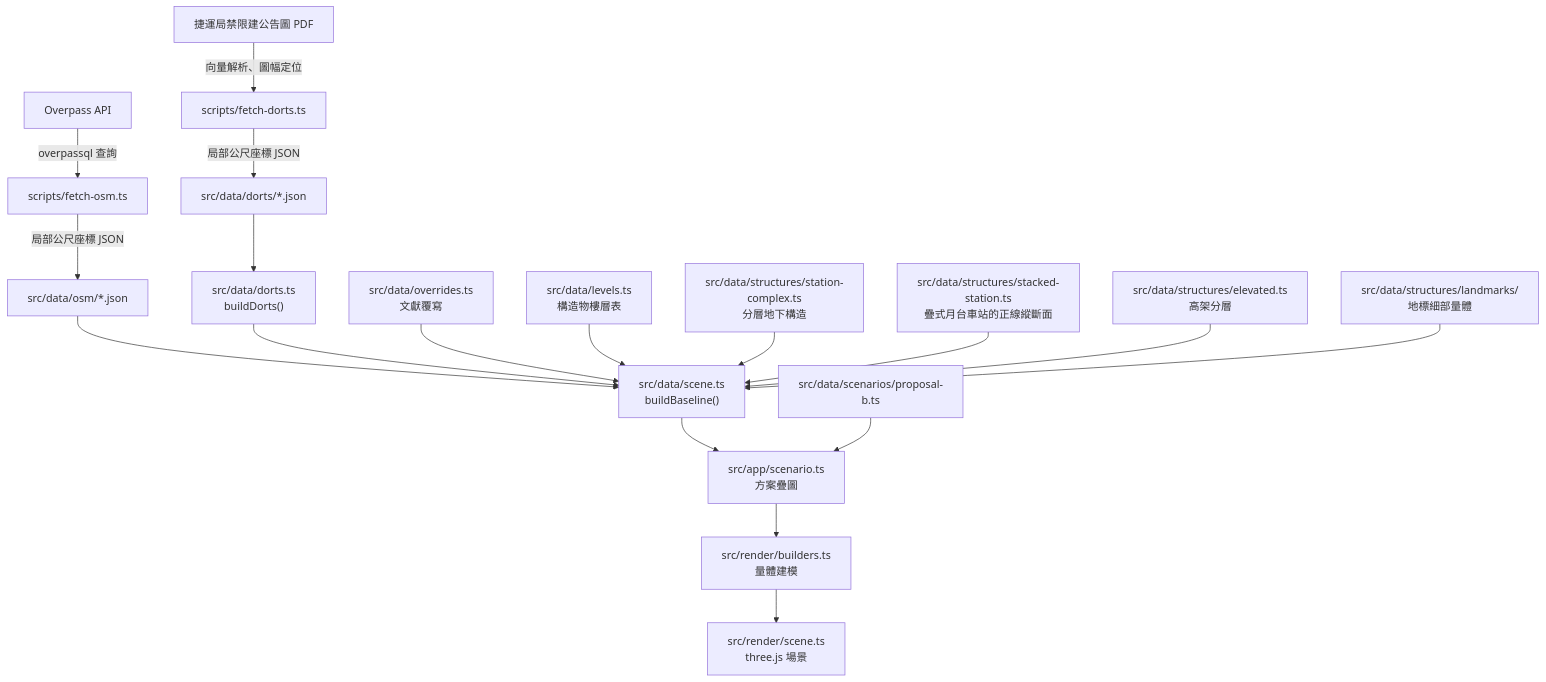
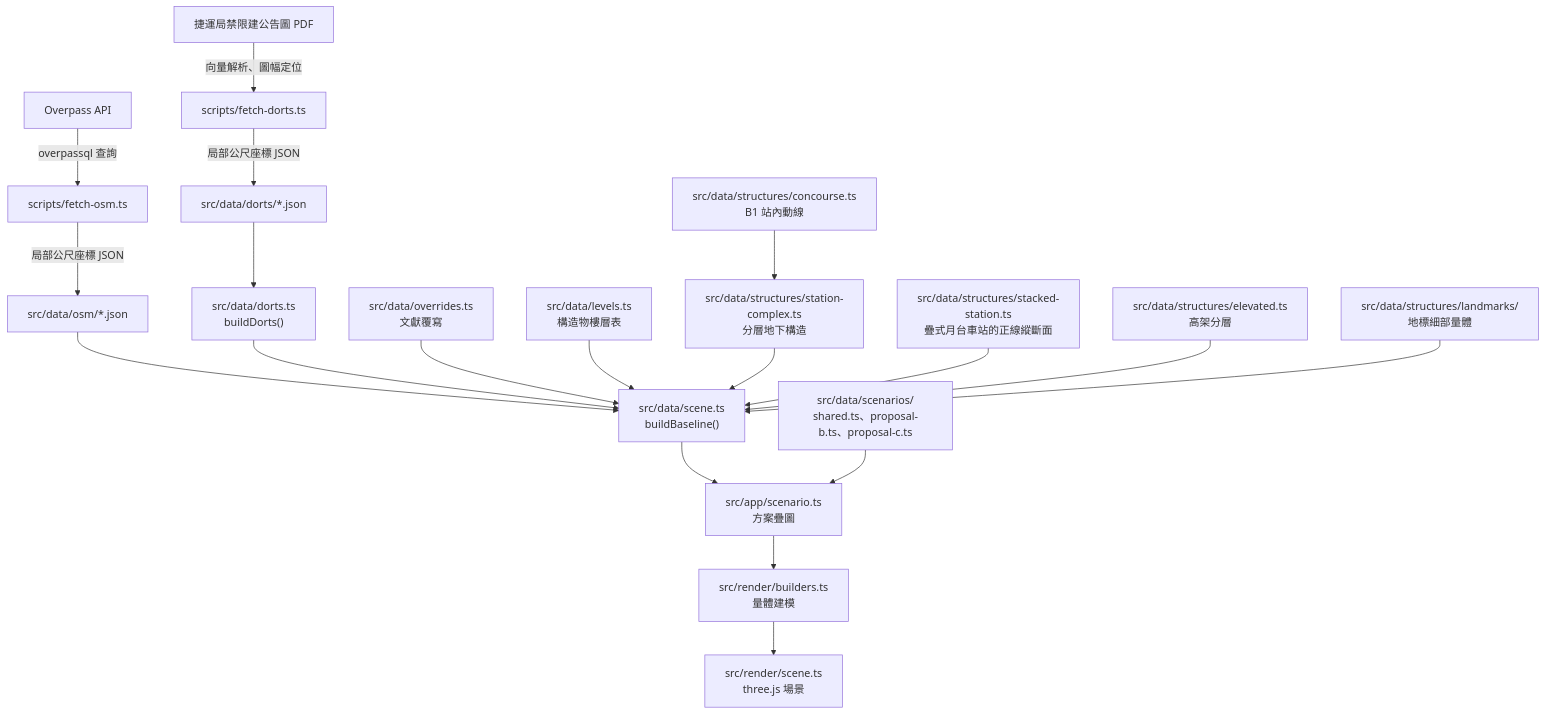
The diagram in docs/architecture.md (rschiang/kitameet), drawn with Mermaid before and after one commit. The commit also changed other lines of this file and 40 other files, not shown here.

First line of the commit message:
feat(data): 新增方案 C、站內動線、臺鐵喉道與捷運站內梯組

````diff
--- a/docs/architecture.md
+++ b/docs/architecture.md
@@ -7,20 +7,21 @@
 ```mermaid
 graph TD
     overpass["Overpass API"] -- "overpassql 查詢" --> fetch["scripts/fetch-osm.ts"]
     fetch -- "局部公尺座標 JSON" --> osm["src/data/osm/*.json"]
     dortspdf["捷運局禁限建公告圖 PDF"] -- "向量解析、圖幅定位" --> fetchd["scripts/fetch-dorts.ts"]
     fetchd -- "局部公尺座標 JSON" --> dorts["src/data/dorts/*.json"]
     osm --> scene["src/data/scene.ts<br/>buildBaseline()"]
     dorts --> dortsmod["src/data/dorts.ts<br/>buildDorts()"]
     dortsmod --> scene
     overrides["src/data/overrides.ts<br/>文獻覆寫"] --> scene
     levels["src/data/levels.ts<br/>構造物樓層表"] --> scene
     structures["src/data/structures/station-complex.ts<br/>分層地下構造"] --> scene
+    concourse["src/data/structures/concourse.ts<br/>B1 站內動線"] --> structures
     stacked["src/data/structures/stacked-station.ts<br/>疊式月台車站的正線縱斷面"] --> scene
     elevated["src/data/structures/elevated.ts<br/>高架分層"] --> scene
     landmarks["src/data/structures/landmarks/<br/>地標細部量體"] --> scene
     scene --> scenario["src/app/scenario.ts<br/>方案疊圖"]
-    proposal["src/data/scenarios/proposal-b.ts"] --> scenario
+    proposal["src/data/scenarios/<br/>shared.ts、proposal-b.ts、proposal-c.ts"] --> scenario
     scenario --> builders["src/render/builders.ts<br/>量體建模"]
     builders --> viewer["src/render/scene.ts<br/>three.js 場景"]
 ```
````
